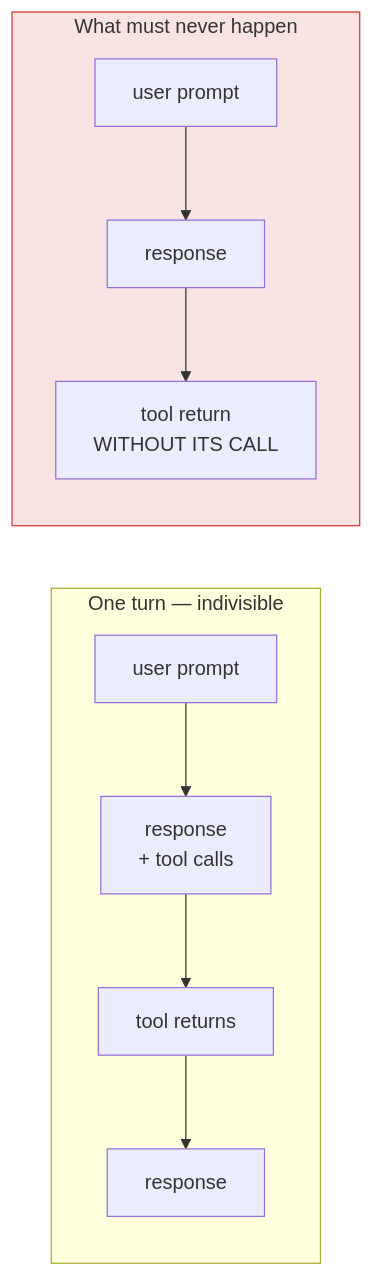
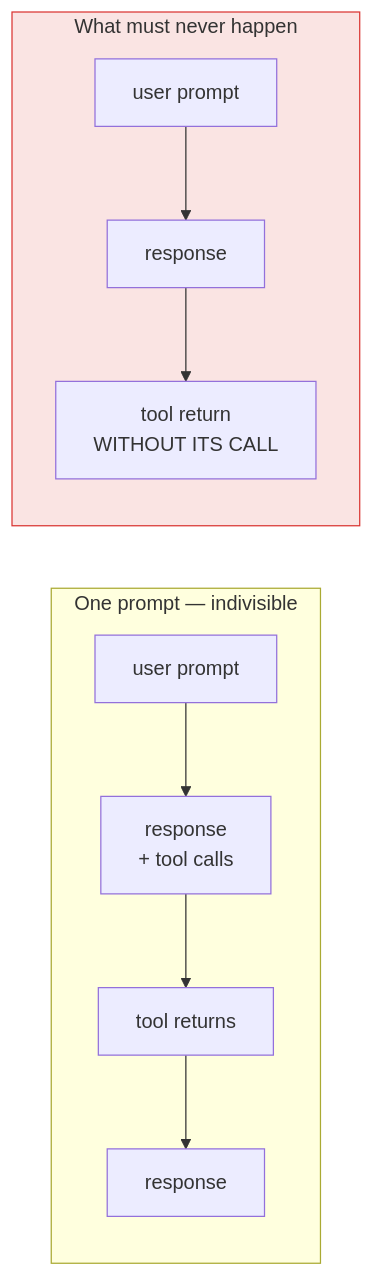
The fifth of 16 diagrams in docs/context.md (GabrielMartinMoran/sigil), drawn with Mermaid before and after one commit. The commit also changed other lines of this file and 59 other files, not shown here.

````diff
--- a/docs/context.md
+++ b/docs/context.md
@@ -173,15 +178,15 @@
 ```mermaid
 flowchart LR
-    subgraph turn["One turn — indivisible"]
+    subgraph prompt["One prompt — indivisible"]
         P["user prompt"] --> R1["response<br/>+ tool calls"]
         R1 --> TR["tool returns"]
         TR --> R2["response"]
     end
 
     subgraph broken["What must never happen"]
         P2["user prompt"] --> R3["response"]
         R3 --> TR2["tool return<br/>WITHOUT ITS CALL"]
     end
 
     style broken fill:#da363322,stroke:#da3633
 ```
````
